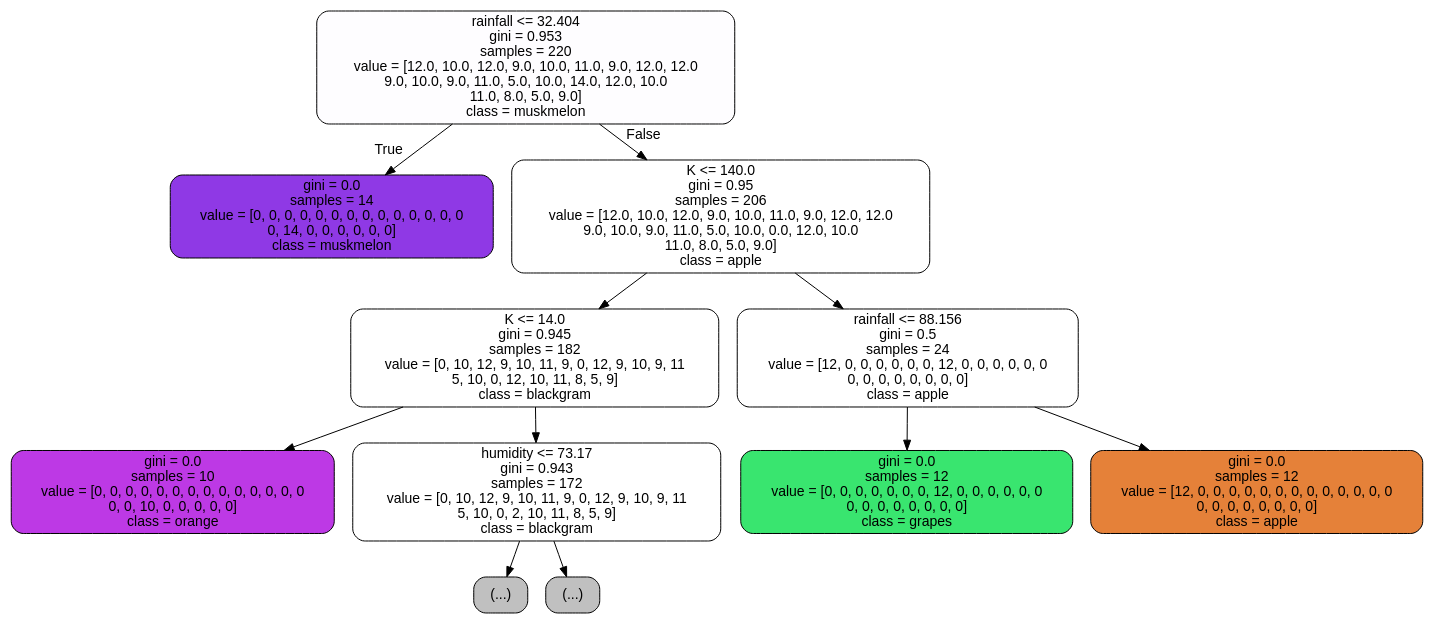
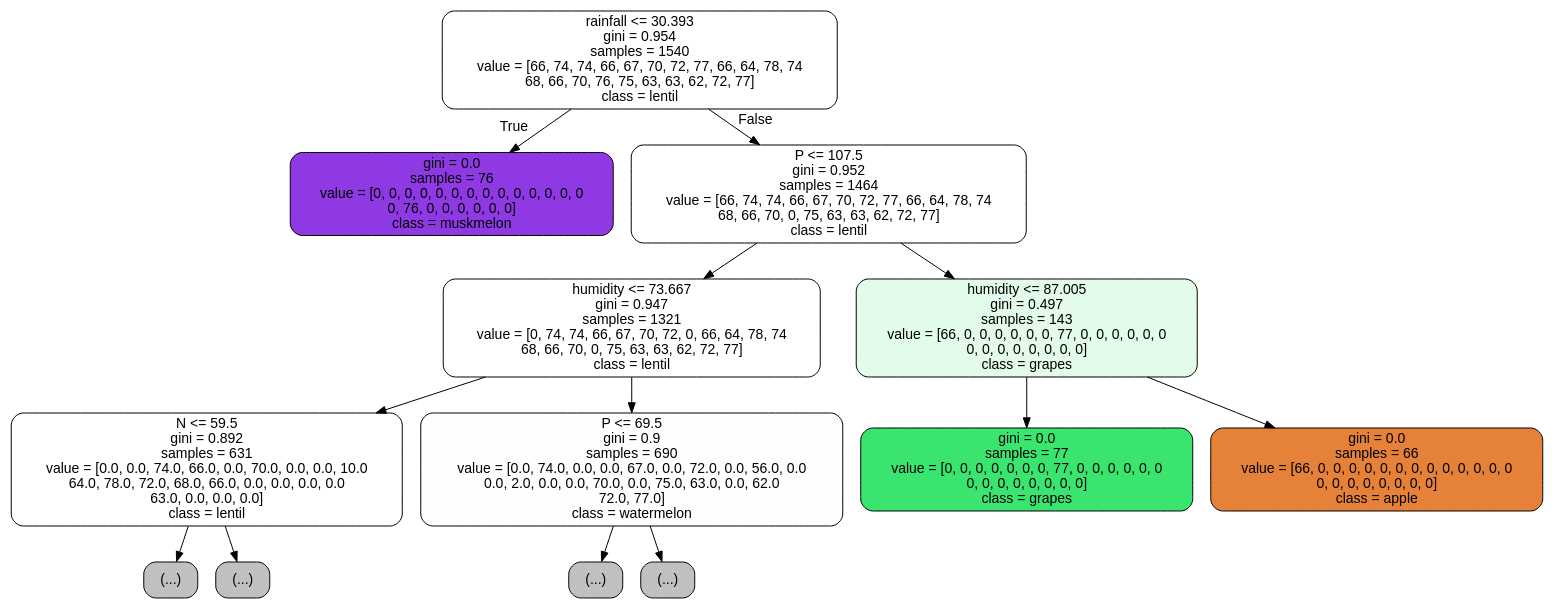
One commit to ashuthe1/Crop_Recommendation_System changed the diagram in precomputation/decision_tree.dot. Above: the diagram before and after it, drawn with Graphviz. The commit also changed 30 other files, not shown here.

```diff
--- a/precomputation/decision_tree.dot
+++ b/precomputation/decision_tree.dot
@@ -1,25 +1,29 @@
 digraph Tree {
 node [shape=box, style="filled, rounded", color="black", fontname="helvetica"] ;
 edge [fontname="helvetica"] ;
-0 [label="rainfall <= 32.404\ngini = 0.953\nsamples = 220\nvalue = [12.0, 10.0, 12.0, 9.0, 10.0, 11.0, 9.0, 12.0, 12.0\n9.0, 10.0, 9.0, 11.0, 5.0, 10.0, 14.0, 12.0, 10.0\n11.0, 8.0, 5.0, 9.0]\nclass = muskmelon", fillcolor="#fefdff"] ;
-1 [label="gini = 0.0\nsamples = 14\nvalue = [0, 0, 0, 0, 0, 0, 0, 0, 0, 0, 0, 0, 0, 0\n0, 14, 0, 0, 0, 0, 0, 0]\nclass = muskmelon", fillcolor="#8f39e5"] ;
+0 [label="rainfall <= 30.393\ngini = 0.954\nsamples = 1540\nvalue = [66, 74, 74, 66, 67, 70, 72, 77, 66, 64, 78, 74\n68, 66, 70, 76, 75, 63, 63, 62, 72, 77]\nclass = lentil", fillcolor="#ffffff"] ;
+1 [label="gini = 0.0\nsamples = 76\nvalue = [0, 0, 0, 0, 0, 0, 0, 0, 0, 0, 0, 0, 0, 0\n0, 76, 0, 0, 0, 0, 0, 0]\nclass = muskmelon", fillcolor="#8f39e5"] ;
 0 -> 1 [labeldistance=2.5, labelangle=45, headlabel="True"] ;
-2 [label="K <= 140.0\ngini = 0.95\nsamples = 206\nvalue = [12.0, 10.0, 12.0, 9.0, 10.0, 11.0, 9.0, 12.0, 12.0\n9.0, 10.0, 9.0, 11.0, 5.0, 10.0, 0.0, 12.0, 10.0\n11.0, 8.0, 5.0, 9.0]\nclass = apple", fillcolor="#ffffff"] ;
+2 [label="P <= 107.5\ngini = 0.952\nsamples = 1464\nvalue = [66, 74, 74, 66, 67, 70, 72, 77, 66, 64, 78, 74\n68, 66, 70, 0, 75, 63, 63, 62, 72, 77]\nclass = lentil", fillcolor="#ffffff"] ;
 0 -> 2 [labeldistance=2.5, labelangle=-45, headlabel="False"] ;
-3 [label="K <= 14.0\ngini = 0.945\nsamples = 182\nvalue = [0, 10, 12, 9, 10, 11, 9, 0, 12, 9, 10, 9, 11\n5, 10, 0, 12, 10, 11, 8, 5, 9]\nclass = blackgram", fillcolor="#ffffff"] ;
+3 [label="humidity <= 73.667\ngini = 0.947\nsamples = 1321\nvalue = [0, 74, 74, 66, 67, 70, 72, 0, 66, 64, 78, 74\n68, 66, 70, 0, 75, 63, 63, 62, 72, 77]\nclass = lentil", fillcolor="#ffffff"] ;
 2 -> 3 ;
-4 [label="gini = 0.0\nsamples = 10\nvalue = [0, 0, 0, 0, 0, 0, 0, 0, 0, 0, 0, 0, 0, 0\n0, 0, 10, 0, 0, 0, 0, 0]\nclass = orange", fillcolor="#bd39e5"] ;
+4 [label="N <= 59.5\ngini = 0.892\nsamples = 631\nvalue = [0.0, 0.0, 74.0, 66.0, 0.0, 70.0, 0.0, 0.0, 10.0\n64.0, 78.0, 72.0, 68.0, 66.0, 0.0, 0.0, 0.0, 0.0\n63.0, 0.0, 0.0, 0.0]\nclass = lentil", fillcolor="#feffff"] ;
 3 -> 4 ;
-5 [label="humidity <= 73.17\ngini = 0.943\nsamples = 172\nvalue = [0, 10, 12, 9, 10, 11, 9, 0, 12, 9, 10, 9, 11\n5, 10, 0, 2, 10, 11, 8, 5, 9]\nclass = blackgram", fillcolor="#ffffff"] ;
-3 -> 5 ;
-6 [label="(...)", fillcolor="#C0C0C0"] ;
-5 -> 6 ;
-29 [label="(...)", fillcolor="#C0C0C0"] ;
-5 -> 29 ;
-50 [label="rainfall <= 88.156\ngini = 0.5\nsamples = 24\nvalue = [12, 0, 0, 0, 0, 0, 0, 12, 0, 0, 0, 0, 0, 0\n0, 0, 0, 0, 0, 0, 0, 0]\nclass = apple", fillcolor="#ffffff"] ;
-2 -> 50 ;
-51 [label="gini = 0.0\nsamples = 12\nvalue = [0, 0, 0, 0, 0, 0, 0, 12, 0, 0, 0, 0, 0, 0\n0, 0, 0, 0, 0, 0, 0, 0]\nclass = grapes", fillcolor="#39e56f"] ;
-50 -> 51 ;
-52 [label="gini = 0.0\nsamples = 12\nvalue = [12, 0, 0, 0, 0, 0, 0, 0, 0, 0, 0, 0, 0, 0\n0, 0, 0, 0, 0, 0, 0, 0]\nclass = apple", fillcolor="#e58139"] ;
-50 -> 52 ;
+5 [label="(...)", fillcolor="#C0C0C0"] ;
+4 -> 5 ;
+28 [label="(...)", fillcolor="#C0C0C0"] ;
+4 -> 28 ;
+37 [label="P <= 69.5\ngini = 0.9\nsamples = 690\nvalue = [0.0, 74.0, 0.0, 0.0, 67.0, 0.0, 72.0, 0.0, 56.0, 0.0\n0.0, 2.0, 0.0, 0.0, 70.0, 0.0, 75.0, 63.0, 0.0, 62.0\n72.0, 77.0]\nclass = watermelon", fillcolor="#fffefe"] ;
+3 -> 37 ;
+38 [label="(...)", fillcolor="#C0C0C0"] ;
+37 -> 38 ;
+75 [label="(...)", fillcolor="#C0C0C0"] ;
+37 -> 75 ;
+78 [label="humidity <= 87.005\ngini = 0.497\nsamples = 143\nvalue = [66, 0, 0, 0, 0, 0, 0, 77, 0, 0, 0, 0, 0, 0\n0, 0, 0, 0, 0, 0, 0, 0]\nclass = grapes", fillcolor="#e3fbea"] ;
+2 -> 78 ;
+79 [label="gini = 0.0\nsamples = 77\nvalue = [0, 0, 0, 0, 0, 0, 0, 77, 0, 0, 0, 0, 0, 0\n0, 0, 0, 0, 0, 0, 0, 0]\nclass = grapes", fillcolor="#39e56f"] ;
+78 -> 79 ;
+80 [label="gini = 0.0\nsamples = 66\nvalue = [66, 0, 0, 0, 0, 0, 0, 0, 0, 0, 0, 0, 0, 0\n0, 0, 0, 0, 0, 0, 0, 0]\nclass = apple", fillcolor="#e58139"] ;
+78 -> 80 ;
 }
```
